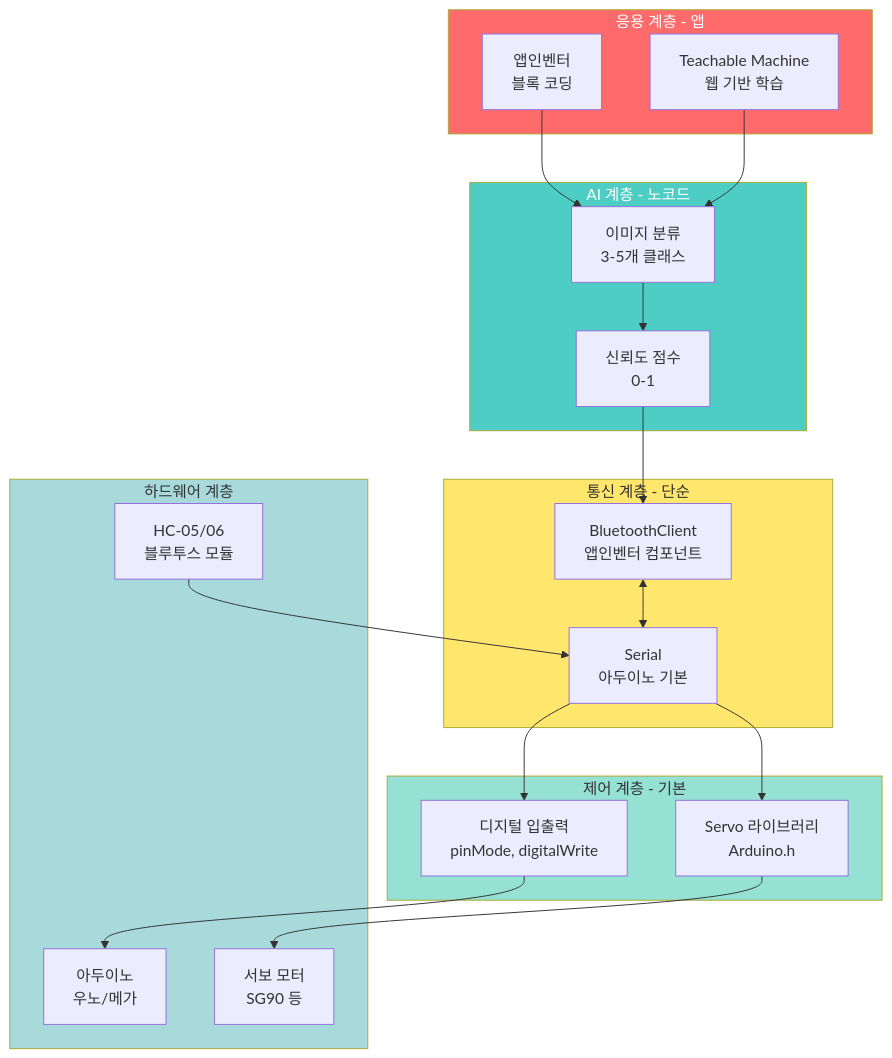
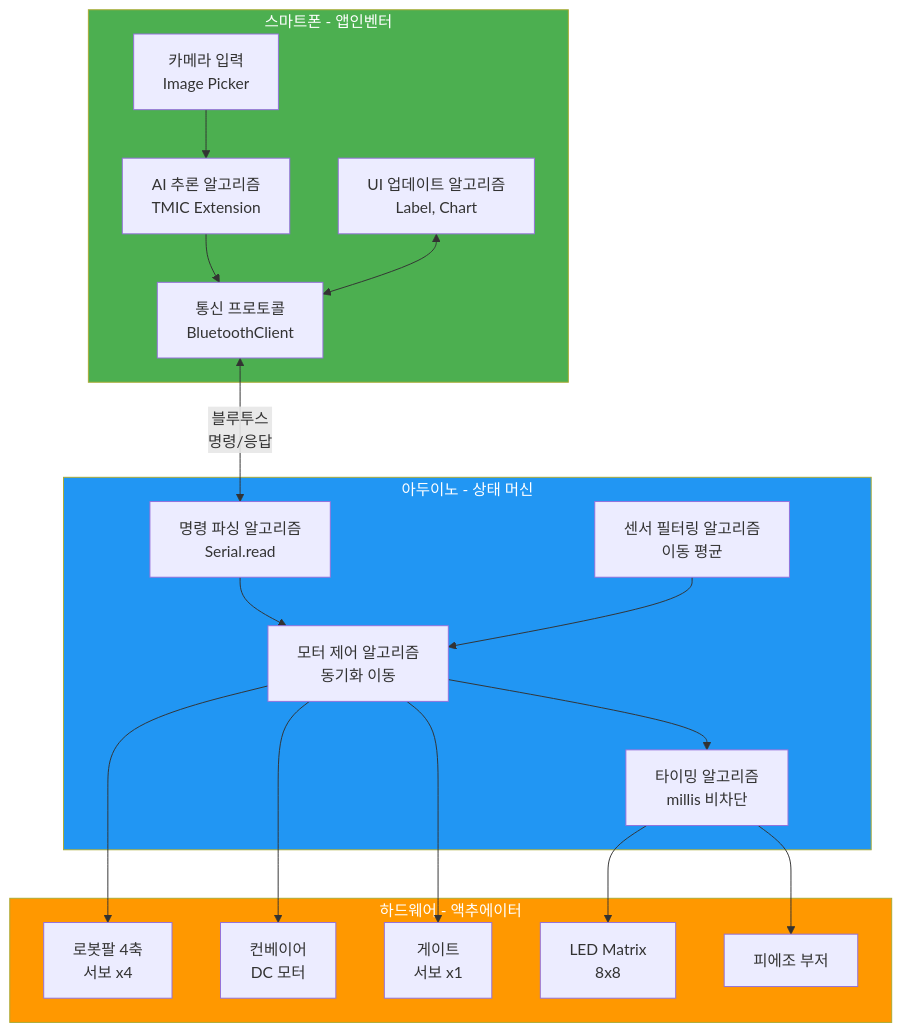
One commit to Collegenie-X/Smart_Factory_Arms_Project changed the fifth of 12 diagrams in docs/01_프로젝트_구조도.md. Above: the diagram before and after it, drawn with Mermaid. The commit also changed other lines of this file, not shown here.

````diff
--- a/docs/01_프로젝트_구조도.md
+++ b/docs/01_프로젝트_구조도.md
@@ -186,48 +200,44 @@
 ```mermaid
 graph TB
-    subgraph 응용계층[응용 계층 - 앱]
-        APP1[앱인벤터<br/>블록 코딩]
-        APP2[Teachable Machine<br/>웹 기반 학습]
+    subgraph 스마트폰_알고리즘[스마트폰 - 앱인벤터]
+        SP1[카메라 입력<br/>Image Picker]
+        SP2[AI 추론 알고리즘<br/>TMIC Extension]
+        SP3[통신 프로토콜<br/>BluetoothClient]
+        SP4[UI 업데이트 알고리즘<br/>Label, Chart]
     end
     
-    subgraph AI계층[AI 계층 - 노코드]
-        AI_1[이미지 분류<br/>3-5개 클래스]
-        AI_2[신뢰도 점수<br/>0-1]
+    subgraph 아두이노_알고리즘[아두이노 - 상태 머신]
+        AR1[명령 파싱 알고리즘<br/>Serial.read]
+        AR2[센서 필터링 알고리즘<br/>이동 평균]
+        AR3[모터 제어 알고리즘<br/>동기화 이동]
+        AR4[타이밍 알고리즘<br/>millis 비차단]
     end
     
-    subgraph 통신계층[통신 계층 - 단순]
-        MW1[BluetoothClient<br/>앱인벤터 컴포넌트]
-        MW2[Serial<br/>아두이노 기본]
+    subgraph 하드웨어[하드웨어 - 액추에이터]
+        HW1[로봇팔 4축<br/>서보 x4]
+        HW2[컨베이어<br/>DC 모터]
+        HW3[게이트<br/>서보 x1]
+        HW4[LED Matrix<br/>8x8]
+        HW5[피에조 부저]
     end
     
-    subgraph 제어계층[제어 계층 - 기본]
-        CTRL1[Servo 라이브러리<br/>Arduino.h]
-        CTRL2[디지털 입출력<br/>pinMode, digitalWrite]
-    end
+    SP1 --> SP2
+    SP2 --> SP3
+    SP4 <--> SP3
     
-    subgraph 하드웨어계층[하드웨어 계층]
-        HW1[아두이노<br/>우노/메가]
-        HW2[HC-05/06<br/>블루투스 모듈]
-        HW3[서보 모터<br/>SG90 등]
-    end
+    SP3 <-->|블루투스<br/>명령/응답| AR1
     
-    APP1 --> AI_1
-    APP2 --> AI_1
+    AR1 --> AR3
+    AR2 --> AR3
+    AR3 --> AR4
     
-    AI_1 --> AI_2
-    AI_2 --> MW1
+    AR3 --> HW1
+    AR3 --> HW2
+    AR3 --> HW3
+    AR4 --> HW4
+    AR4 --> HW5
     
-    MW1 <--> MW2
-    MW2 --> CTRL1
-    MW2 --> CTRL2
-    
-    CTRL1 --> HW3
-    CTRL2 --> HW1
-    HW2 --> MW2
-    
-    style 응용계층 fill:#FF6B6B,color:#fff
-    style AI계층 fill:#4ECDC4,color:#fff
-    style 통신계층 fill:#FFE66D
-    style 제어계층 fill:#95E1D3
-    style 하드웨어계층 fill:#A8DADC
+    style 스마트폰_알고리즘 fill:#4CAF50,color:#fff
+    style 아두이노_알고리즘 fill:#2196F3,color:#fff
+    style 하드웨어 fill:#FF9800,color:#fff
 ```
````
